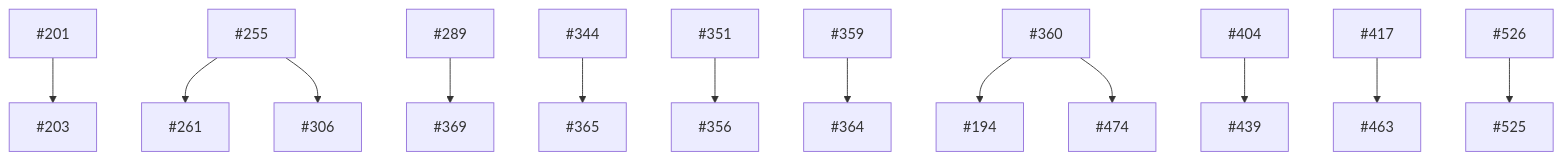
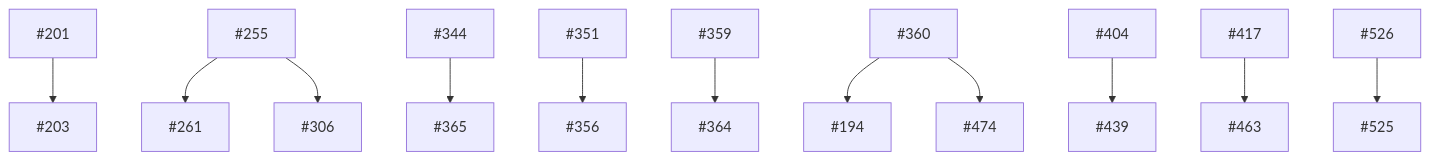
The diagram in docs/issues/reviews/2026-09-04/README.md (ronsse/trellis-ai), drawn with Mermaid before and after one commit. The commit also changed other lines of this file and 9 other files, not shown here.

````diff
--- a/docs/issues/reviews/2026-09-04/README.md
+++ b/docs/issues/reviews/2026-09-04/README.md
@@ -87,15 +87,14 @@
 ```mermaid
 flowchart TD
   I201[#201] --> I203[#203]
   I255[#255] --> I261[#261]
   I255[#255] --> I306[#306]
-  I289[#289] --> I369[#369]
   I344[#344] --> I365[#365]
   I351[#351] --> I356[#356]
   I359[#359] --> I364[#364]
   I360[#360] --> I194[#194]
   I360[#360] --> I474[#474]
   I404[#404] --> I439[#439]
   I417[#417] --> I463[#463]
   I526[#526] --> I525[#525]
 ```
````
